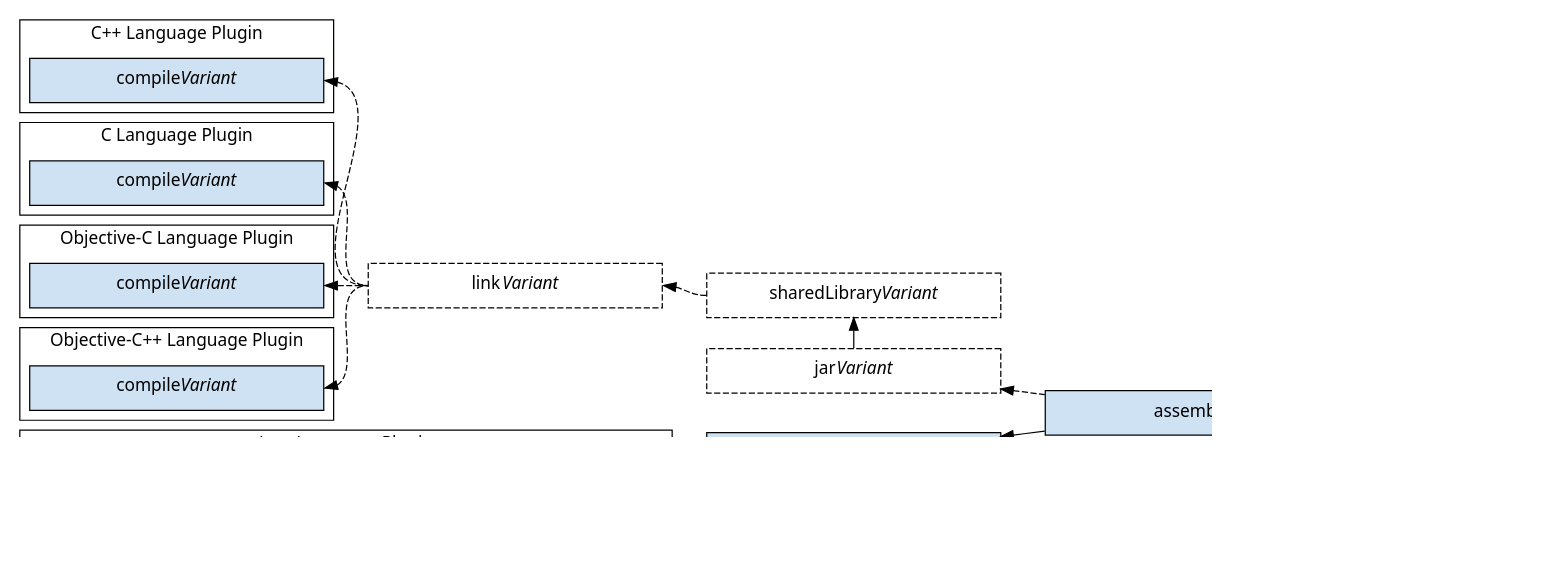
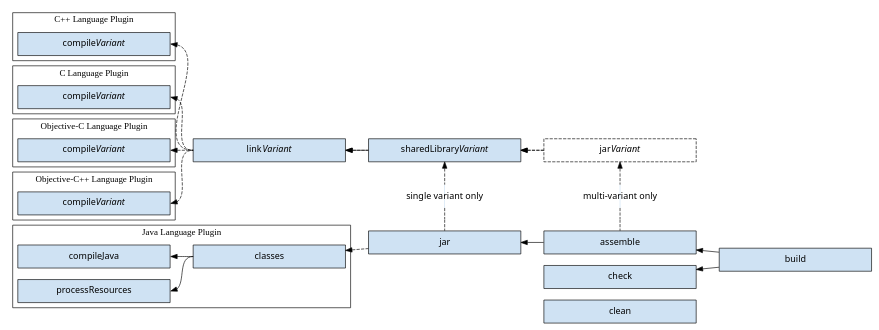
Before and after one commit to nokeedev/gradle-native: the diagram in subprojects/docs/src/docs/manual/img/jni-library-task-graph.dot, drawn with Graphviz. The commit also changed 48 other files, not shown here.

```diff
--- a/subprojects/docs/src/docs/manual/img/jni-library-task-graph.dot
+++ b/subprojects/docs/src/docs/manual/img/jni-library-task-graph.dot
@@ -1,67 +1,78 @@
 digraph jniLibraryTaskGraph {
-  graph [ dpi = 100, fontname="Sans"];
+//   graph [ dpi = 100, fontname="Sans"];
   node [fontname = "Sans"];
   edge [fontname = "Sans"];
   node [shape=rectangle, fixedsize=true, width=3.3, height=0.5];
   node [style=filled, fillcolor="#cfe2f3"]
   rankdir=LR
 
   subgraph cluster_cppLanguage {
 	label = "C++ Language Plugin"
 	color = black
 
 	compileCpp [label=<compile<i>Variant</i>>]
   }
 
   subgraph cluster_cLanguage {
 	label = "C Language Plugin"
 	color = black
 
 	compileC [label=<compile<i>Variant</i>>]
   }
 
   subgraph cluster_objectiveCLanguage {
 	label = "Objective-C Language Plugin"
 	color = black
 
 	compileObjC [label=<compile<i>Variant</i>>]
   }
 
   subgraph cluster_objectiveCppLanguage {
 	label = "Objective-C++ Language Plugin"
 	color = black
 
 	compileObjCpp [label=<compile<i>Variant</i>>]
   }
 
   subgraph cluster_javaLanguage {
 	label = "Java Language Plugin"
 
 	{compileJava, processResources} -> classes [dir=back headport=w tailport=e]
 	{rank=same compileJava processResources}
   }
 
   // Styling
-  link [style=dashed, label=<link<i>Variant</i>>]
-  sharedLibrary [style=dashed, label=<sharedLibrary<i>Variant</i>>]
+  link [label=<link<i>Variant</i>>]
+  sharedLibrary [label=<sharedLibrary<i>Variant</i>>]
   jarNative [style=dashed, label=<jar<i>Variant</i>>]
   jarJvm [label="jar"]
 
   // link to assemble
-  {compileCpp compileC compileObjC compileObjCpp} -> link -> sharedLibrary [dir=back style=dashed headport=w tailport=e]
-  sharedLibrary -> jarNative [dir=back]
-  {rank=same sharedLibrary jarNative}
-  jarNative -> assemble [dir=back style=dashed]
+  {compileCpp compileC compileObjC compileObjCpp} -> link -> sharedLibrary -> jarNative [dir=back style=dashed headport=w tailport=e]
+  link -> sharedLibrary[dir=back]
+  sharedLibrary -> jarNative [dir=back style=dashed]
+
+  {01, 02, 03 [width=0 shape=point];}
+  02[label="multi-variant only" shape=plaintext]
+  jarNative -> 01 [dir=back style=dashed]
+  01 -> 02 -> 03 -> assemble [arrowhead=none style=dashed]
+  {rank=same assemble 01 02 03 jarNative}
+
+  {10, 20, 30 [width=0 shape=point];}
+  20[label="single variant only" shape=plaintext]
+  sharedLibrary -> 10 [dir=back style=dashed]
+  10 -> 20 -> 30 -> jarJvm [arrowhead=none style=dashed]
+  {rank=same jarJvm 10 20 30 sharedLibrary}
 
   // classes to assemble
   classes -> jarJvm [dir=back style=dashed]
   jarJvm -> assemble [dir=back]
 
   // assemble & check to build
   assemble -> build [dir=back]
   check -> build [dir=back]
 
   // align check & clean
   check -> clean [style=invis]
   {rank=same check clean}
 }
```
